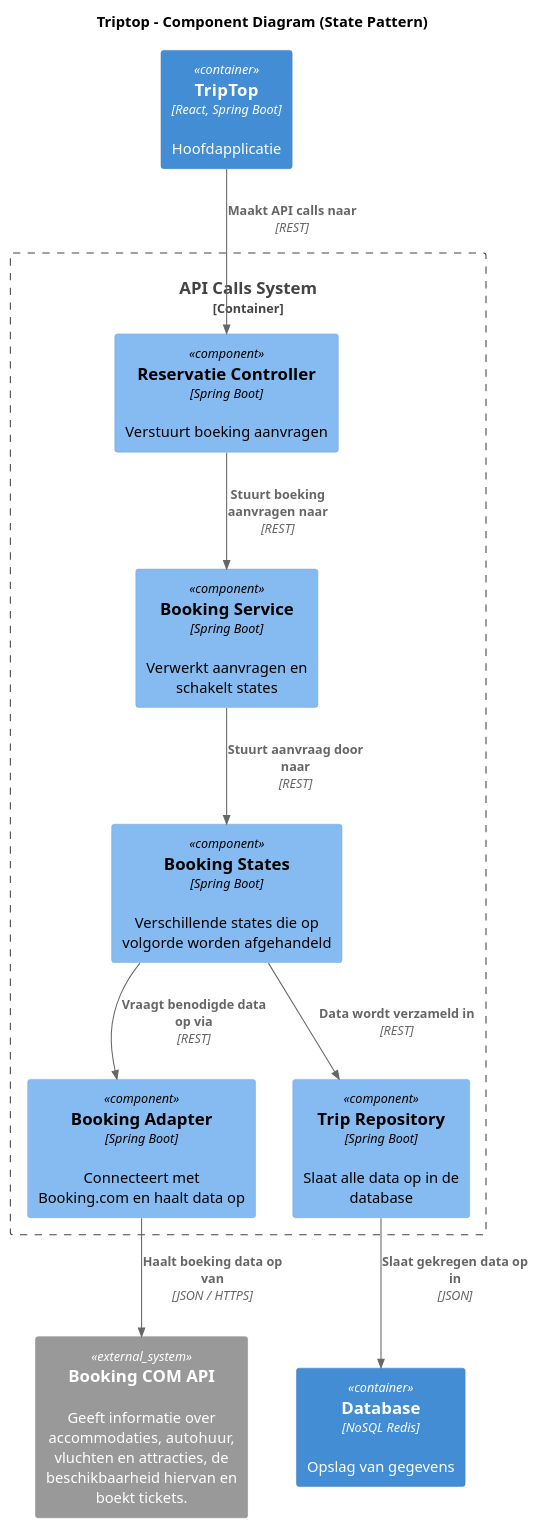
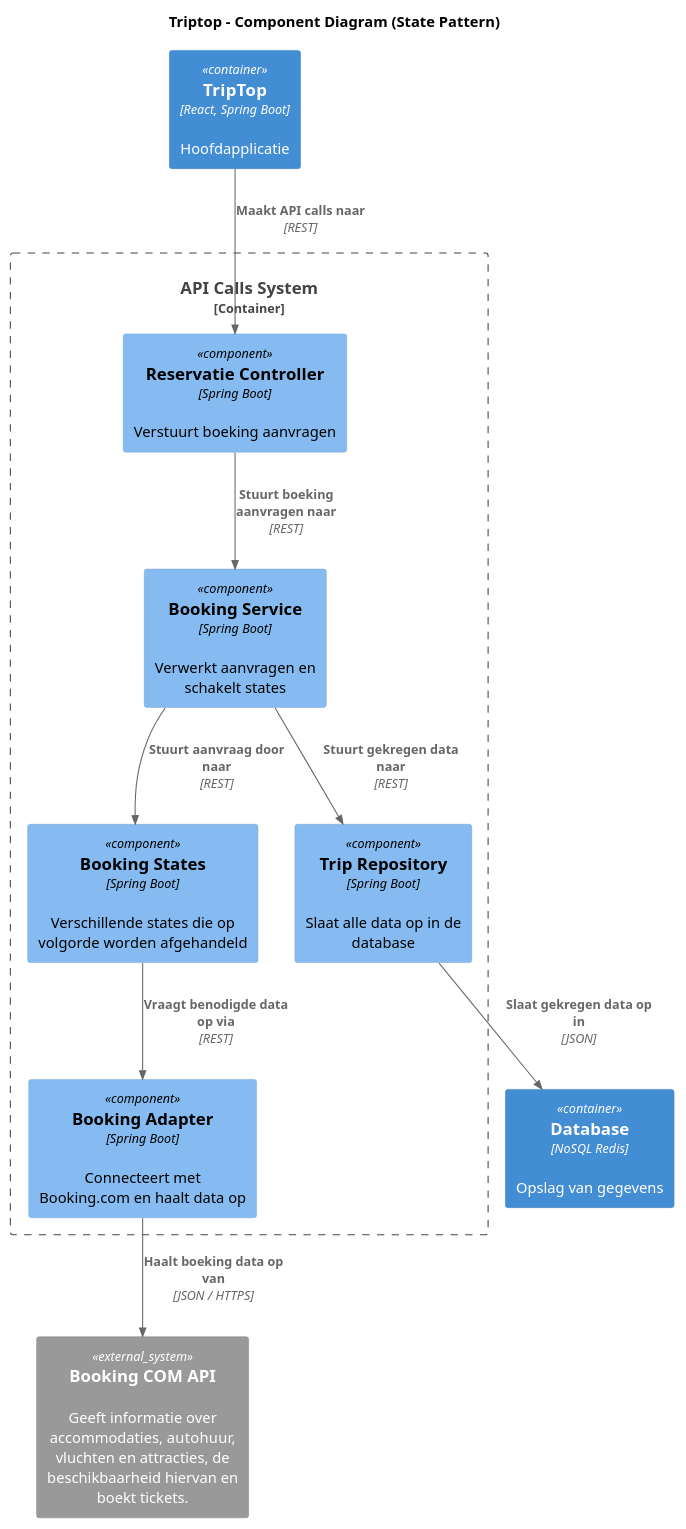
Before and after one commit to AIM-ENE-feb25/triptop-beca: the diagram in opdracht-diagrammen/voorbereiding/final/FinalComponentDiagram.puml, drawn with PlantUML. The commit also changed 1 other file, not shown here.

Commit message:
Final Final Dynamic diagramV.1

```diff
--- a/opdracht-diagrammen/voorbereiding/final/FinalComponentDiagram.puml
+++ b/opdracht-diagrammen/voorbereiding/final/FinalComponentDiagram.puml
@@ -1,25 +1,25 @@
 @startuml
 !include https://raw.githubusercontent.com/plantuml-stdlib/C4-PlantUML/master/C4_Component.puml
 
 title Triptop - Component Diagram (State Pattern)
 
 Container(trip_trop, "TripTop", "React, Spring Boot", "Hoofdapplicatie")
 Container(db, "Database", "NoSQL Redis", "Opslag van gegevens")
 System_Ext(booking_api, "Booking COM API", "Geeft informatie over accommodaties, autohuur, vluchten en attracties, de beschikbaarheid hiervan en boekt tickets.")
 
 Container_Boundary(backend, "API Calls System") {
   Component(reservatie_controller, "Reservatie Controller", "Spring Boot", "Verstuurt boeking aanvragen")
   Component(booking_service, "Booking Service", "Spring Boot", "Verwerkt aanvragen en schakelt states")
   Component(booking_states, "Booking States", "Spring Boot", "Verschillende states die op volgorde worden afgehandeld")
   Component(booking_adapter, "Booking Adapter", "Spring Boot", "Connecteert met Booking.com en haalt data op")
   Component(trip_repository, "Trip Repository", "Spring Boot", "Slaat alle data op in de database")
 
   Rel(trip_trop, reservatie_controller, "Maakt API calls naar", "REST")
   Rel(reservatie_controller, booking_service, "Stuurt boeking aanvragen naar", "REST")
   Rel(booking_service, booking_states, "Stuurt aanvraag door naar", "REST")
   Rel(booking_states, booking_adapter, "Vraagt benodigde data op via", "REST")
-  Rel(booking_states, trip_repository, "Data wordt verzameld in", "REST")
+  Rel(booking_service, trip_repository, "Stuurt gekregen data naar", "REST")
   Rel(trip_repository, db, "Slaat gekregen data op in", "JSON")
   Rel(booking_adapter, booking_api, "Haalt boeking data op van", "JSON / HTTPS")
 }
 @enduml
```
